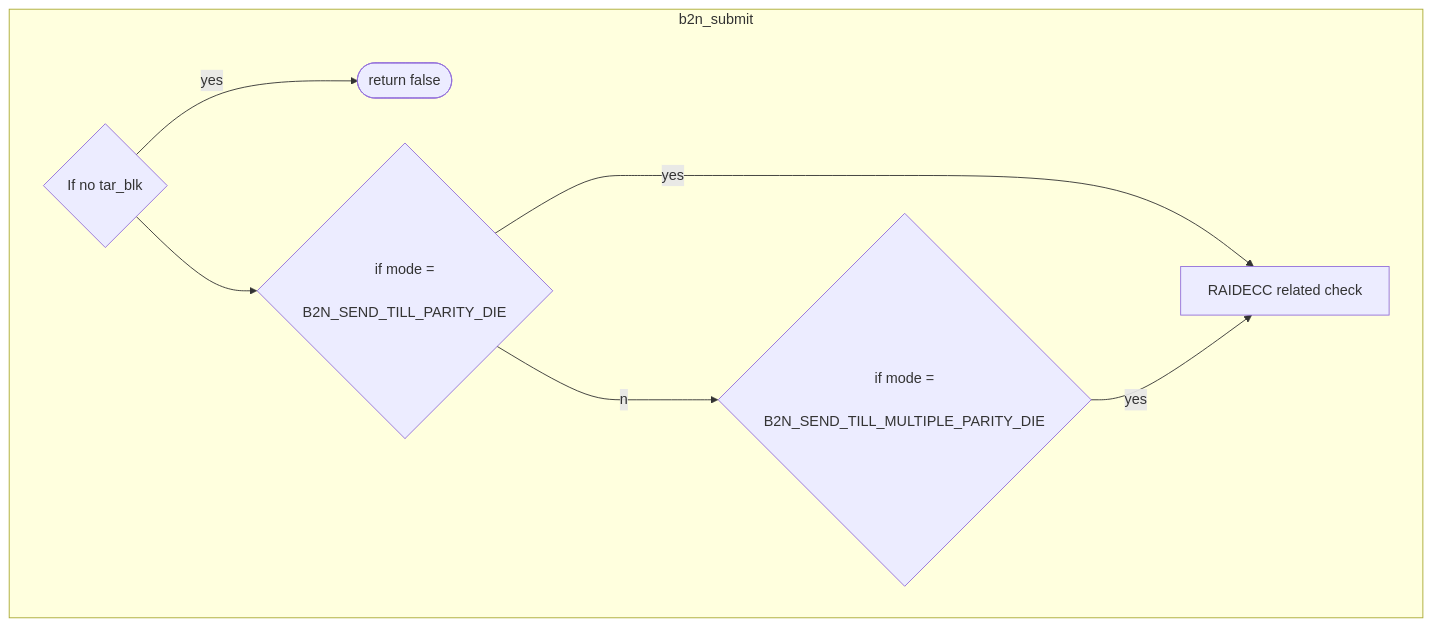
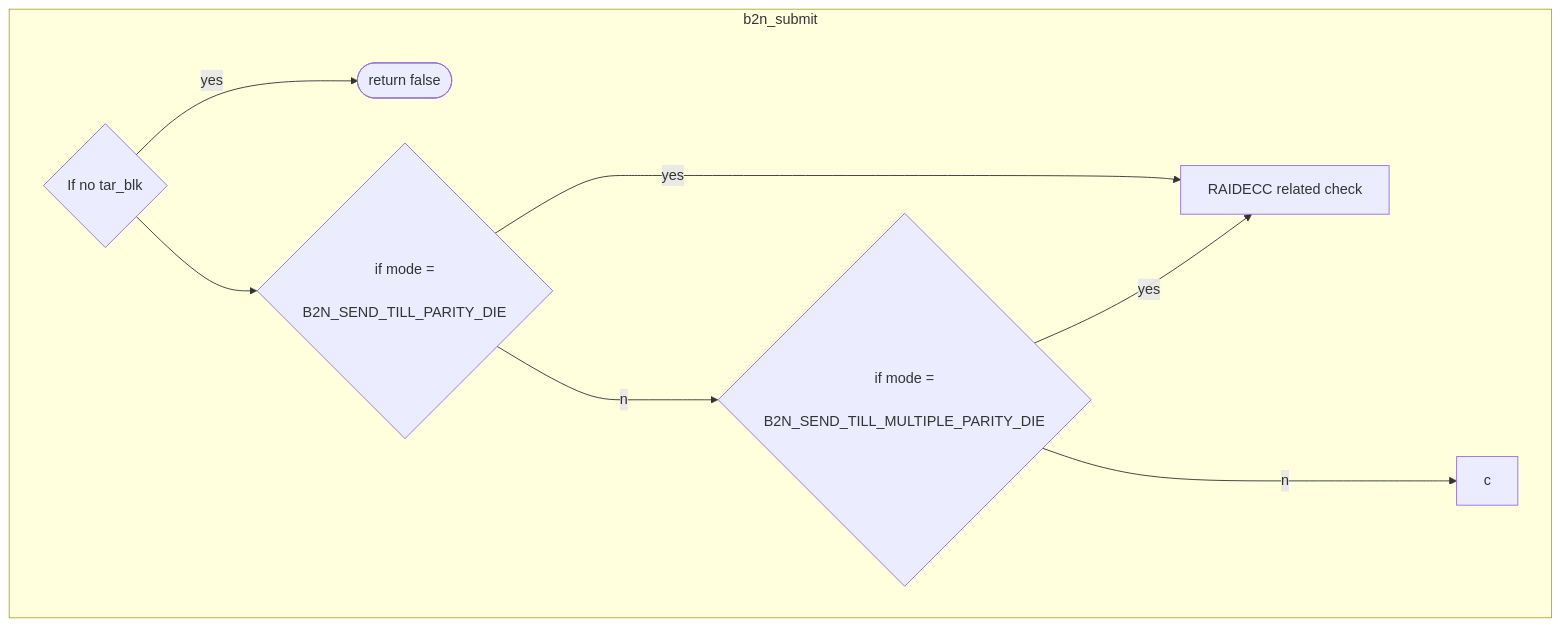
The diagram in all/未命名-2.md (jenny112646/iodraw-files), drawn with Mermaid before and after one commit.

Commit message:
2024-06-07 10:52:51 update

````diff
--- a/all/未命名-2.md
+++ b/all/未命名-2.md
@@ -1,13 +1,13 @@
 ```mermaid
 flowchart TD
 subgraph b2n_submit
     c1{"If no tar_blk"} --yes--> c2([return false])
     c1 --> c3{"if mode =
     B2N_SEND_TILL_PARITY_DIE"}
     c3 --yes--> c4["RAIDECC related check"]
     c3 --no--> c5{"if mode =
     B2N_SEND_TILL_MULTIPLE_PARITY_DIE"}
     c5 --yes--> c4["RAIDECC related check"]
-    
+    c5 --no--> c
 end
 ```
````
